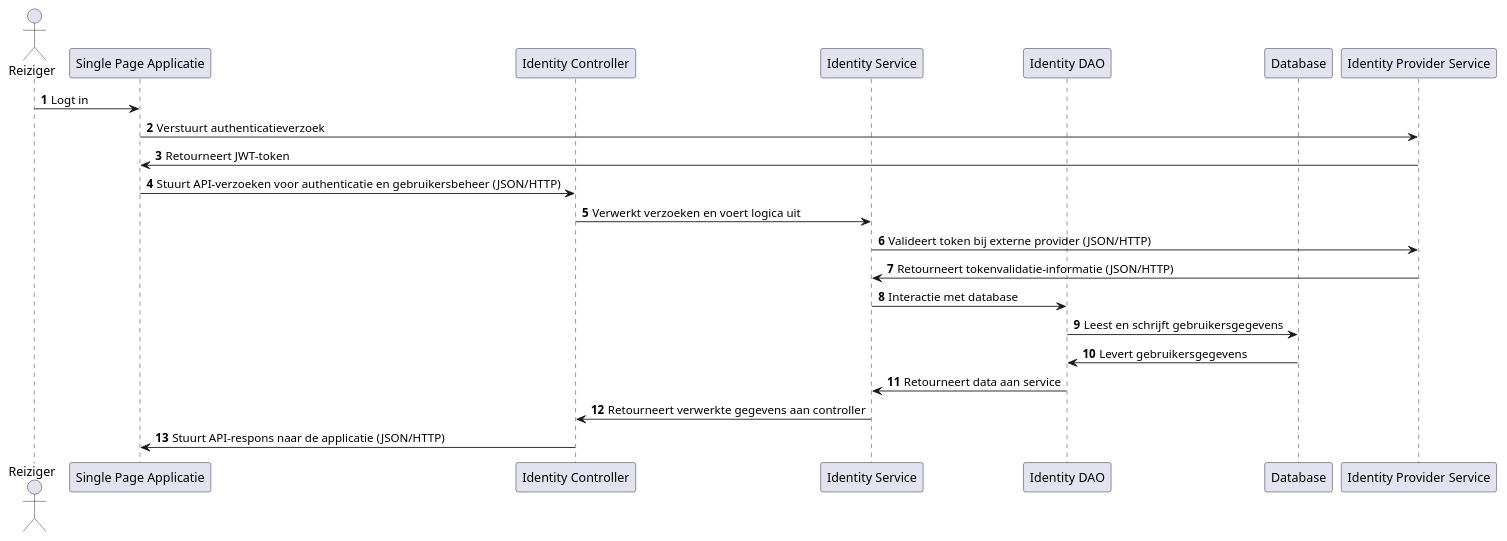
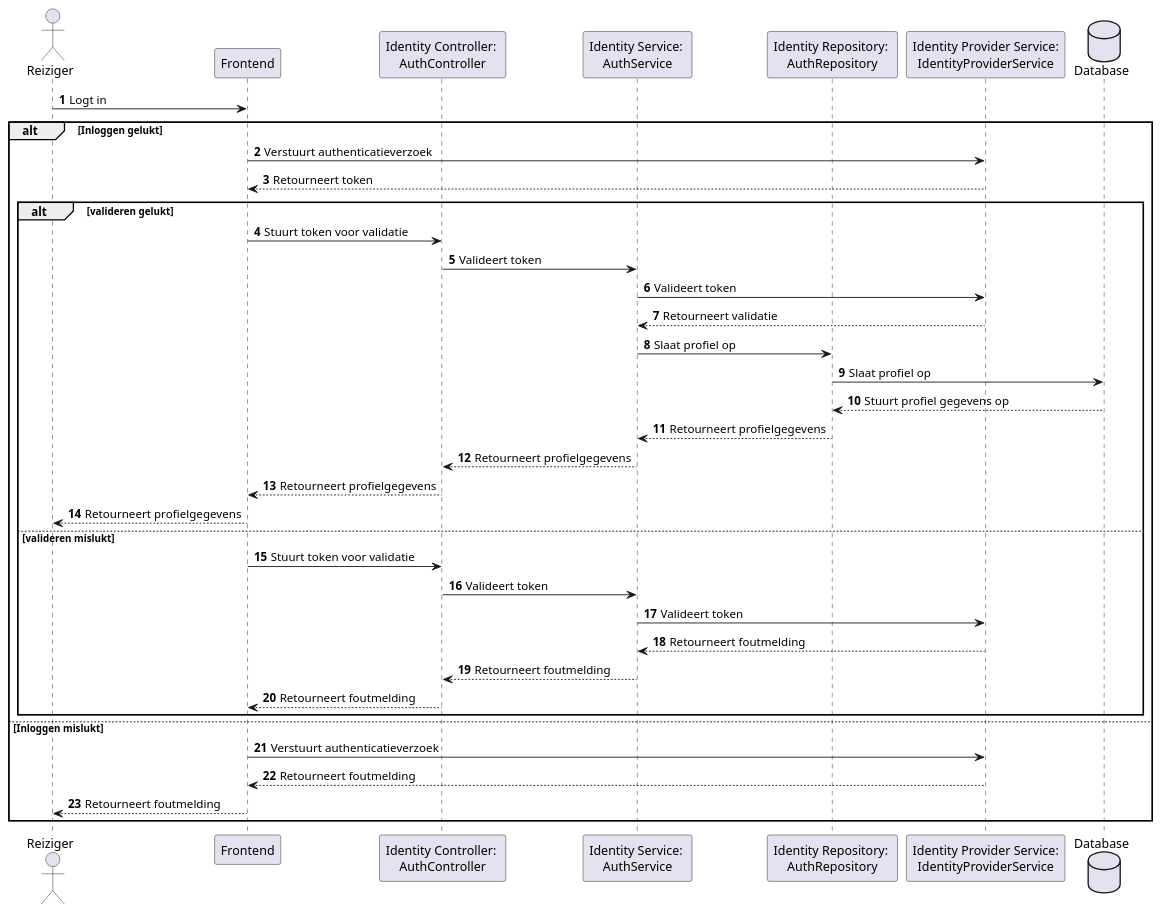
The diagram in opdracht-diagrammen/Les3-dynamisch-seq.puml (AIM-ENE-feb25/triptop-de-broederbond-fgs), drawn with PlantUML before and after one commit.

```diff
--- a/opdracht-diagrammen/Les3-dynamisch-seq.puml
+++ b/opdracht-diagrammen/Les3-dynamisch-seq.puml
@@ -1,32 +1,58 @@
 @startuml
 
 autonumber
 
-actor "Reiziger" as R
+actor Reiziger
 
-participant "Single Page Applicatie" as SPA
-participant "Identity Controller" as IC
-participant "Identity Service" as IS
-participant "Identity DAO" as IDAO
-participant "Database" as DB
-participant "Identity Provider Service" as IPS
+participant "Frontend" as frontend
+participant "Identity Controller: \nAuthController" as identityController
+participant "Identity Service: \nAuthService" as identityService
+participant "Identity Repository: \nAuthRepository" as identityRepository
+participant "Identity Provider Service:\nIdentityProviderService" as identityProviderService
+database "Database" as database
 
-R -> SPA: Logt in
-SPA -> IPS: Verstuurt authenticatieverzoek
-IPS -> SPA: Retourneert JWT-token
+Reiziger -> frontend: Logt in
 
-SPA -> IC: Stuurt API-verzoeken voor authenticatie en gebruikersbeheer (JSON/HTTP)
-IC -> IS: Verwerkt verzoeken en voert logica uit
+alt Inloggen gelukt
 
-IS -> IPS: Valideert token bij externe provider (JSON/HTTP)
-IPS -> IS: Retourneert tokenvalidatie-informatie (JSON/HTTP)
+frontend -> identityProviderService: Verstuurt authenticatieverzoek
+identityProviderService --> frontend: Retourneert token
 
-IS -> IDAO: Interactie met database
-IDAO -> DB: Leest en schrijft gebruikersgegevens
-DB -> IDAO: Levert gebruikersgegevens
-IDAO -> IS: Retourneert data aan service
+alt valideren gelukt
 
-IS -> IC: Retourneert verwerkte gegevens aan controller
-IC -> SPA: Stuurt API-respons naar de applicatie (JSON/HTTP)
+frontend -> identityController: Stuurt token voor validatie
+identityController -> identityService: Valideert token
+
+identityService -> identityProviderService: Valideert token
+identityProviderService --> identityService: Retourneert validatie
+
+identityService -> identityRepository: Slaat profiel op
+identityRepository -> database: Slaat profiel op
+database --> identityRepository: Stuurt profiel gegevens op
+identityRepository --> identityService: Retourneert profielgegevens
+
+identityService --> identityController: Retourneert profielgegevens
+identityController --> frontend: Retourneert profielgegevens
+frontend --> Reiziger: Retourneert profielgegevens
+
+else valideren mislukt
+
+frontend -> identityController: Stuurt token voor validatie
+identityController -> identityService: Valideert token
+
+identityService -> identityProviderService: Valideert token
+identityProviderService --> identityService: Retourneert foutmelding
+identityService --> identityController : Retourneert foutmelding
+identityController --> frontend : Retourneert foutmelding
+
+end
+
+else Inloggen mislukt
+
+frontend -> identityProviderService: Verstuurt authenticatieverzoek
+identityProviderService --> frontend: Retourneert foutmelding
+frontend --> Reiziger: Retourneert foutmelding
+
+end
 
 @enduml
```
